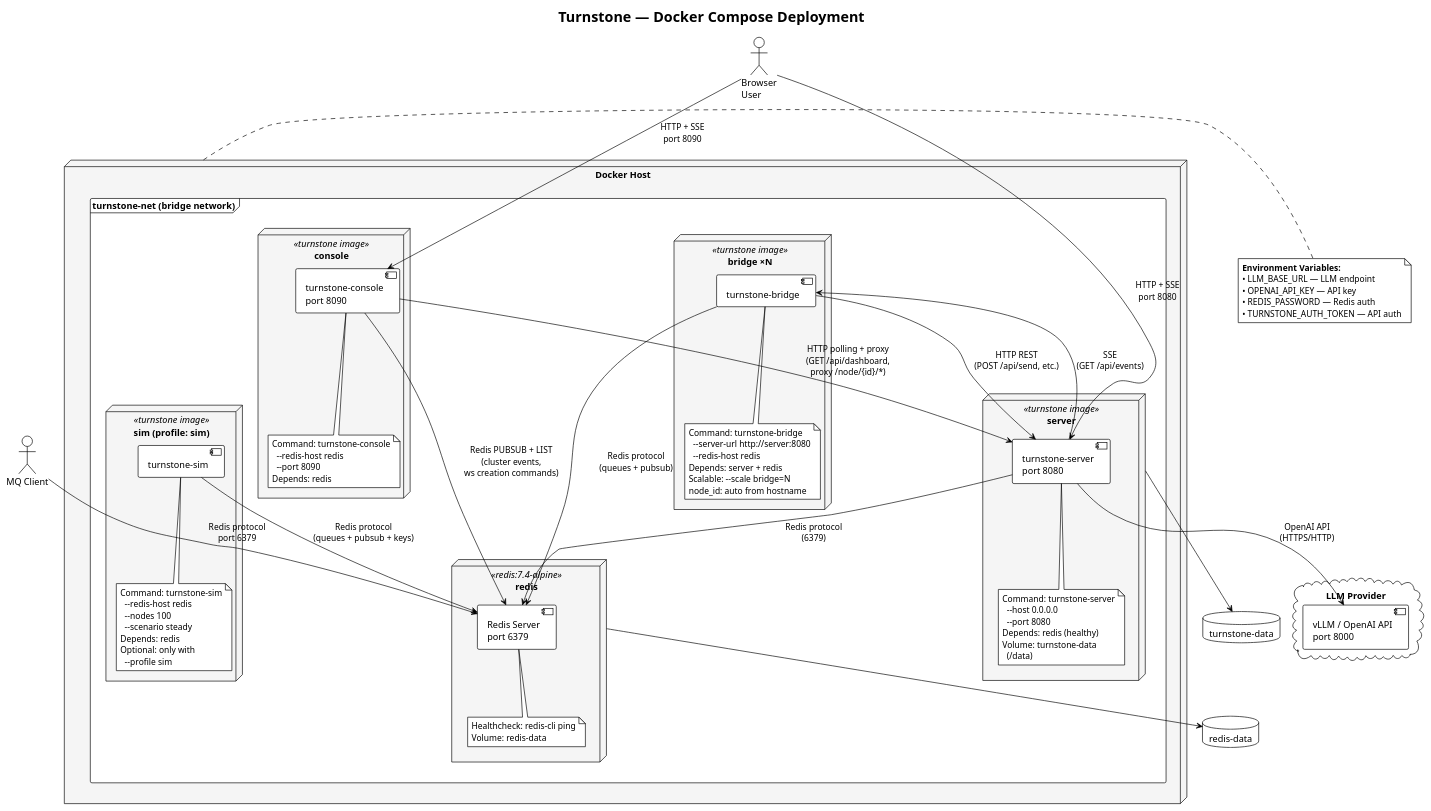
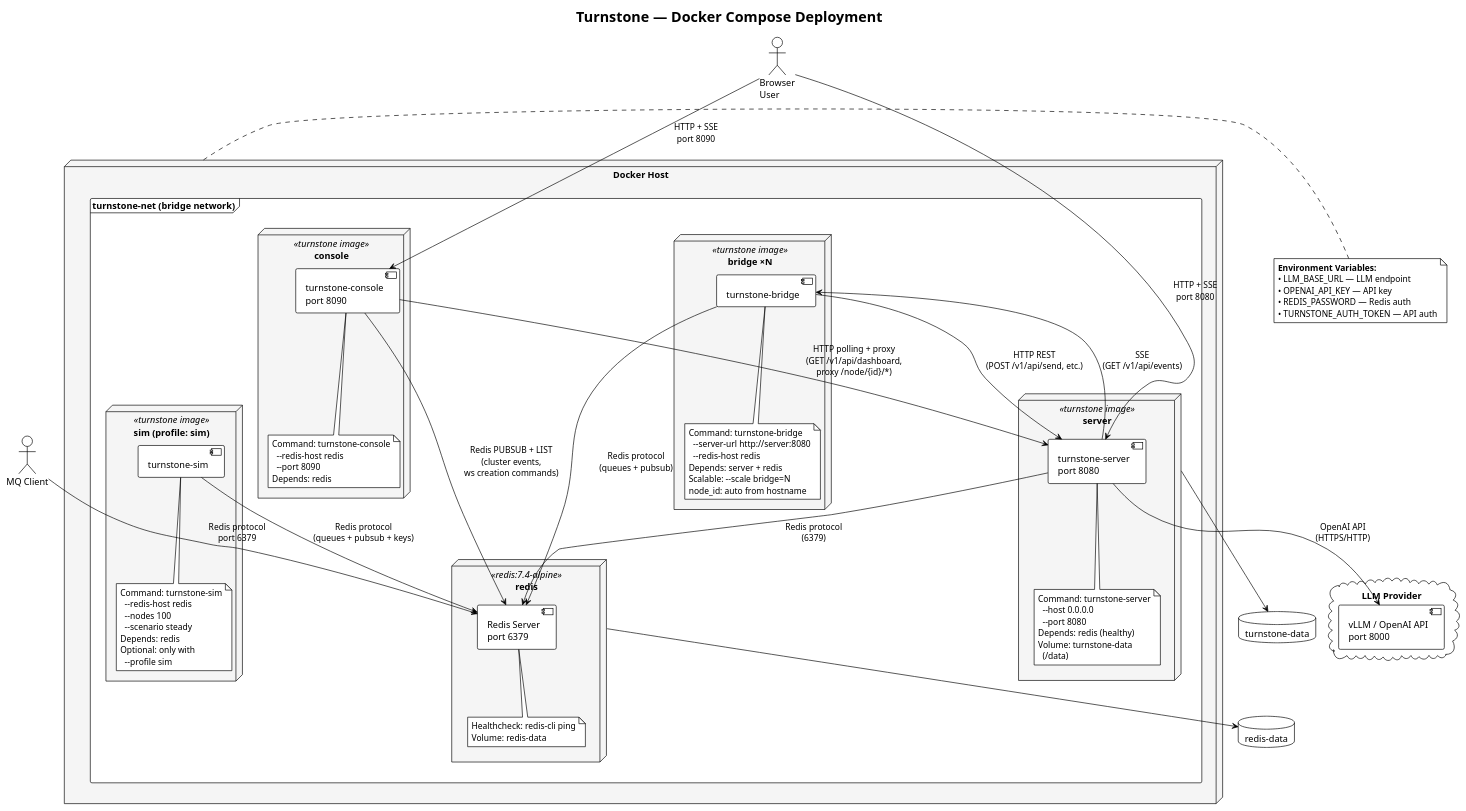
One commit to turnstonelabs/turnstone changed the diagram in docs/diagrams/12-deployment.puml. Above: the diagram before and after it, drawn with PlantUML. The commit also changed 32 other files, not shown here.

```diff
--- a/docs/diagrams/12-deployment.puml
+++ b/docs/diagrams/12-deployment.puml
@@ -1,111 +1,111 @@
 @startuml
 !theme plain
 title Turnstone — Docker Compose Deployment
 
 skinparam node {
     BackgroundColor #F5F5F5
 }
 
 cloud "LLM Provider" as llm {
     component [vLLM / OpenAI API\nport 8000] as llm_api
 }
 
 node "Docker Host" as host {
 
     frame "turnstone-net (bridge network)" as net {
 
         node "redis" <<redis:7.4-alpine>> as redis_node {
             component [Redis Server\nport 6379] as redis
             note bottom of redis
                 Healthcheck: redis-cli ping
                 Volume: redis-data
             end note
         }
 
         node "server" <<turnstone image>> as server_node {
             component [turnstone-server\nport 8080] as server
             note bottom of server
                 Command: turnstone-server
                   --host 0.0.0.0
                   --port 8080
                 Depends: redis (healthy)
                 Volume: turnstone-data
                   (/data)
             end note
         }
 
         node "bridge ×N" <<turnstone image>> as bridge_node {
             component [turnstone-bridge] as bridge
             note bottom of bridge
                 Command: turnstone-bridge
                   --server-url http://server:8080
                   --redis-host redis
                 Depends: server + redis
                 Scalable: --scale bridge=N
                 node_id: auto from hostname
             end note
         }
 
         node "console" <<turnstone image>> as console_node {
             component [turnstone-console\nport 8090] as console
             note bottom of console
                 Command: turnstone-console
                   --redis-host redis
                   --port 8090
                 Depends: redis
             end note
         }
 
         node "sim (profile: sim)" <<turnstone image>> as sim_node {
             component [turnstone-sim] as sim
             note bottom of sim
                 Command: turnstone-sim
                   --redis-host redis
                   --nodes 100
                   --scenario steady
                 Depends: redis
                 Optional: only with
                   --profile sim
             end note
         }
     }
 }
 
 actor "Browser\nUser" as browser
 actor "MQ Client" as mqclient
 
 ' External connections
 browser --> server : HTTP + SSE\nport 8080
 browser --> console : HTTP + SSE\nport 8090
 mqclient --> redis : Redis protocol\nport 6379
 
 ' Internal connections
 server --> redis : Redis protocol\n(6379)
 server --> llm_api : OpenAI API\n(HTTPS/HTTP)
 
-bridge --> server : HTTP REST\n(POST /api/send, etc.)
-bridge <-- server : SSE\n(GET /api/events)
+bridge --> server : HTTP REST\n(POST /v1/api/send, etc.)
+bridge <-- server : SSE\n(GET /v1/api/events)
 bridge --> redis : Redis protocol\n(queues + pubsub)
 
 console --> redis : Redis PUBSUB + LIST\n(cluster events,\nws creation commands)
-console --> server : HTTP polling + proxy\n(GET /api/dashboard,\nproxy /node/{id}/*)
+console --> server : HTTP polling + proxy\n(GET /v1/api/dashboard,\nproxy /node/{id}/*)
 
 sim --> redis : Redis protocol\n(queues + pubsub + keys)
 
 ' Environment variables
 note right of host
     **Environment Variables:**
     • LLM_BASE_URL — LLM endpoint
     • OPENAI_API_KEY — API key
     • REDIS_PASSWORD — Redis auth
     • TURNSTONE_AUTH_TOKEN — API auth
 end note
 
 ' Volumes
 database "redis-data" as rv
 database "turnstone-data" as tv
 
 redis_node --> rv
 server_node --> tv
 
 @enduml
```
